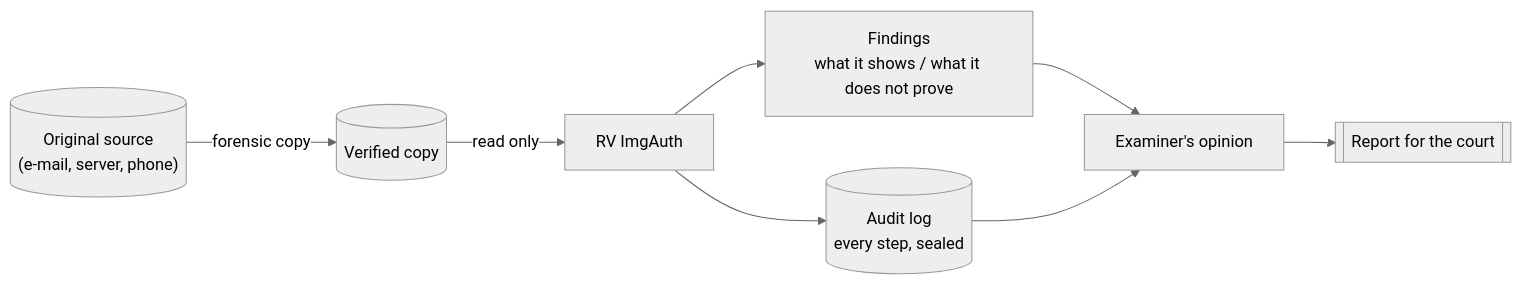
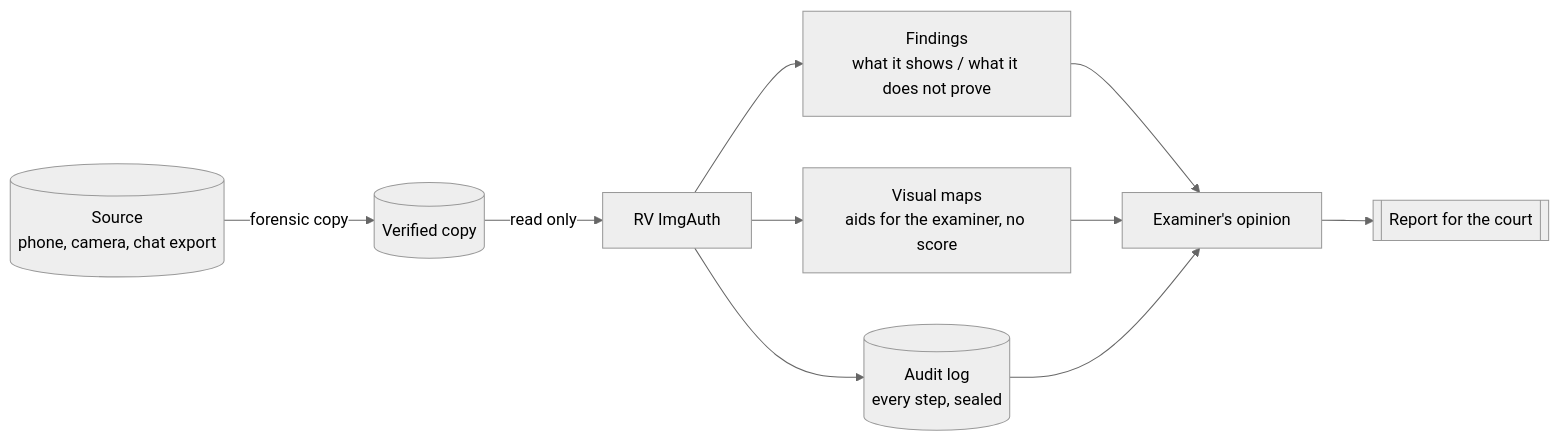
The first of 5 diagrams in docs/theory.md (Panacota96/rv-imgauth), drawn with Mermaid (neutral theme) before and after one commit. The commit also changed other lines of this file and 17 other files, not shown here.

````diff
--- a/docs/theory.md
+++ b/docs/theory.md
@@ -63,10 +75,11 @@
 ```mermaid
 flowchart LR
-    S[("Original source<br/>(e-mail, server, phone)")] -->|forensic copy| C[("Verified copy")]
+    S[("Source<br/>phone, camera, chat export")] -->|forensic copy| C[("Verified copy")]
     C -->|read only| T["RV ImgAuth"]
     T --> F["Findings<br/>what it shows / what it does not prove"]
+    T --> M["Visual maps<br/>aids for the examiner, no score"]
     T --> L[("Audit log<br/>every step, sealed")]
-    F --> E["Examiner's opinion"]
+    F & M --> E["Examiner's opinion"]
     L --> E
     E --> R[["Report for the court"]]
 ```
````
